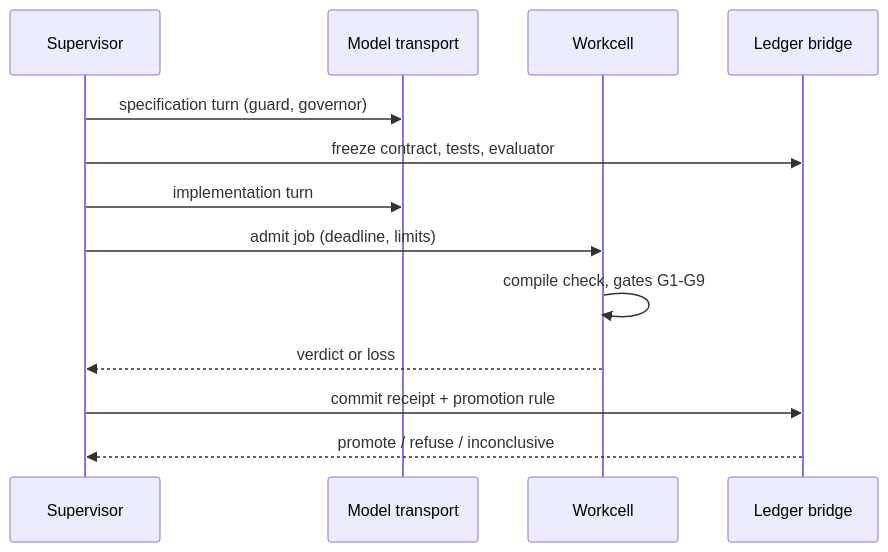
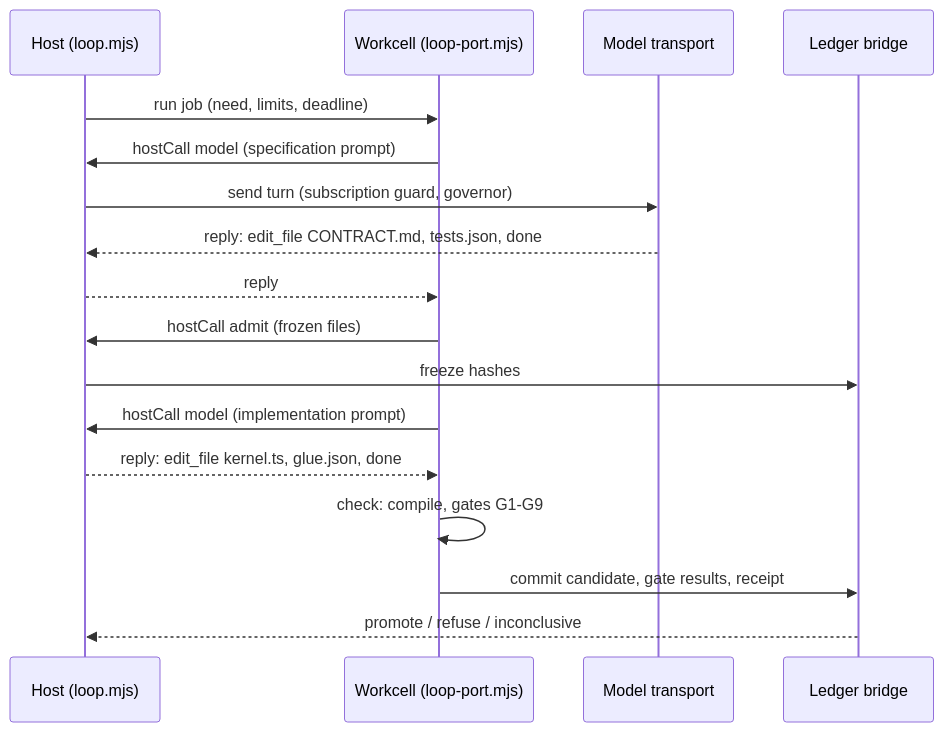
One commit to Akilleez-QA/endoforge changed the second of 2 diagrams in docs/architecture/architecture.md. Above: the diagram before and after it, drawn with Mermaid. The commit also changed other lines of this file and 8 other files, not shown here.

````diff
--- a/docs/architecture/architecture.md
+++ b/docs/architecture/architecture.md
@@ -130,15 +151,19 @@
 ```mermaid
 sequenceDiagram
-  participant S as Supervisor
+  participant H as Host (loop.mjs)
+  participant C as Workcell (loop-port.mjs)
   participant M as Model transport
-  participant C as Workcell
-  participant B as Ledger bridge
-  S->>M: specification turn (guard, governor)
-  S->>B: freeze contract, tests, evaluator
-  S->>M: implementation turn
-  S->>C: admit job (deadline, limits)
-  C->>C: compile check, gates G1-G9
-  C-->>S: verdict or loss
-  S->>B: commit receipt + promotion rule
-  B-->>S: promote / refuse / inconclusive
+  participant L as Ledger bridge
+  H->>C: run job (need, limits, deadline)
+  C->>H: hostCall model (specification prompt)
+  H->>M: send turn (subscription guard, governor)
+  M-->>H: reply: edit_file CONTRACT.md, tests.json, done
+  H-->>C: reply
+  C->>H: hostCall admit (frozen files)
+  H->>L: freeze hashes
+  C->>H: hostCall model (implementation prompt)
+  H-->>C: reply: edit_file kernel.ts, glue.json, done
+  C->>C: check: compile, gates G1-G9
+  C->>L: commit candidate, gate results, receipt
+  L-->>H: promote / refuse / inconclusive
 ```
````
